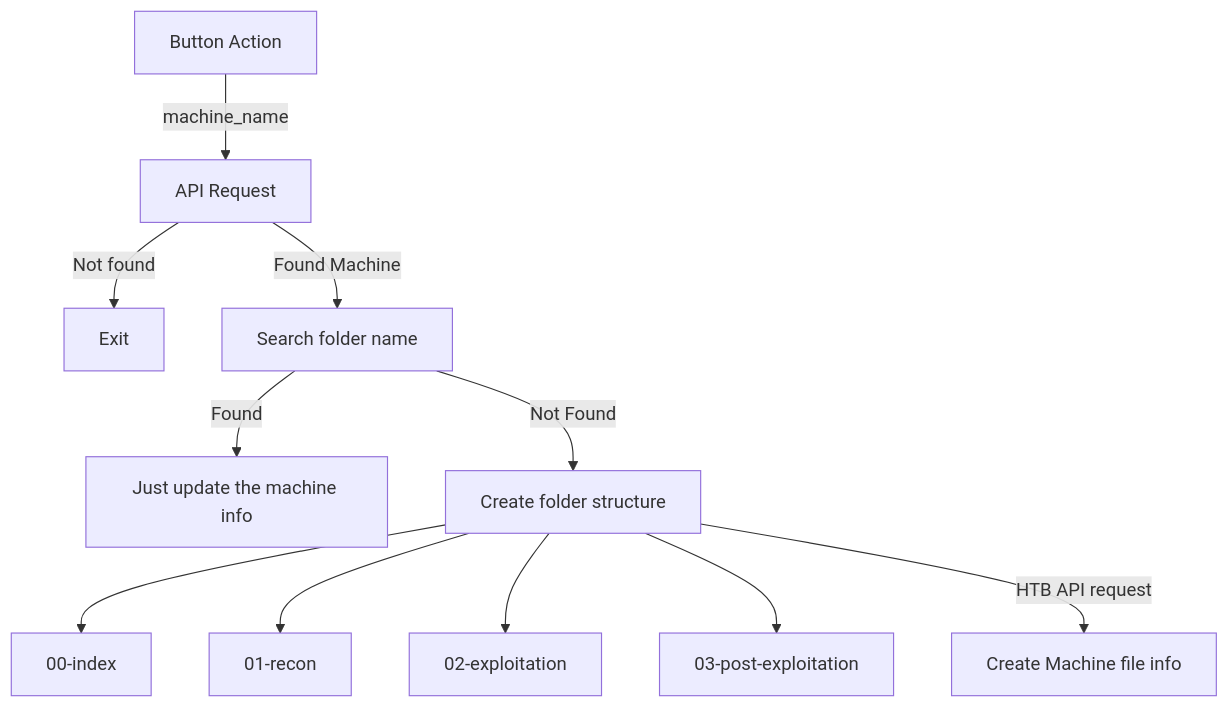
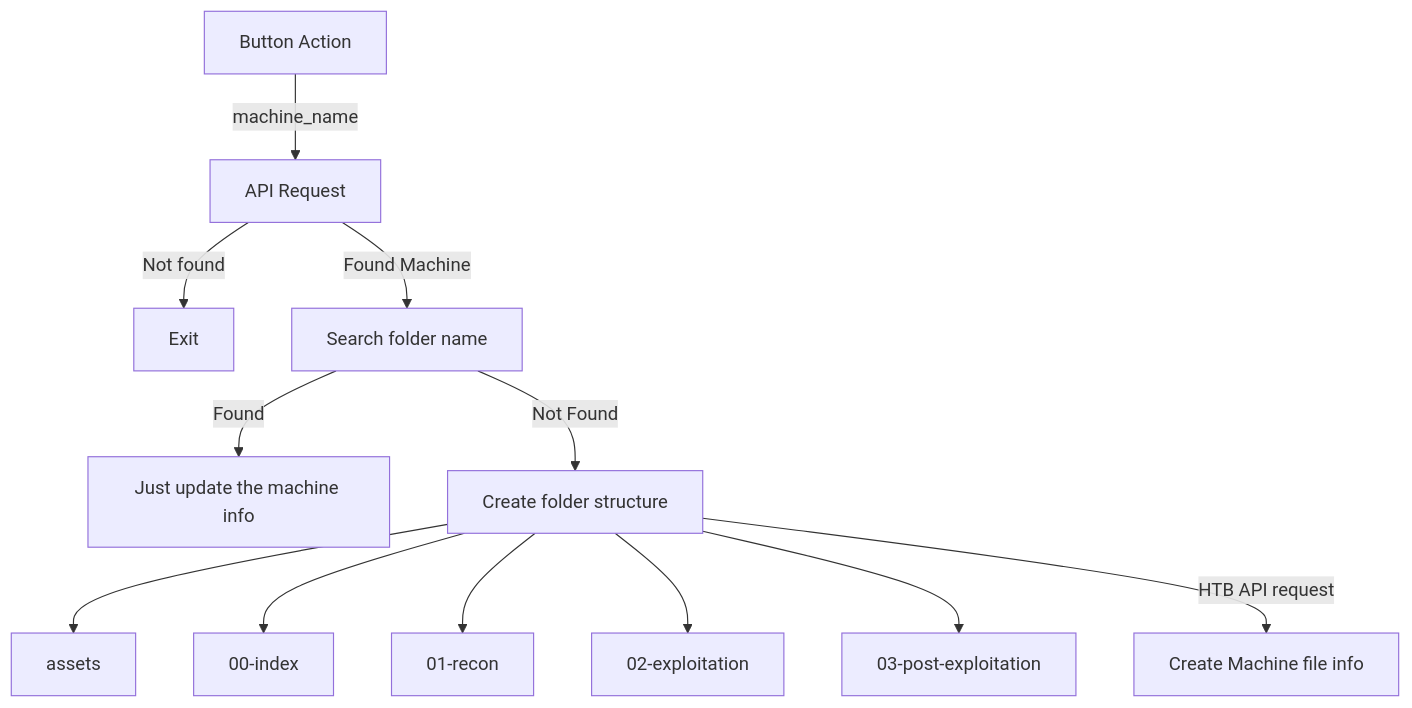
Before and after one commit to 0x4xel/HTNotes: the first of 2 diagrams in HTB/⚡ Start Machine ⚡.md, drawn with Mermaid. The commit also changed other lines of this file, not shown here.

Commit message:
fix flowchart

````diff
--- a/HTB/⚡ Start Machine ⚡.md
+++ b/HTB/⚡ Start Machine ⚡.md
@@ -6,14 +6,15 @@
 ```mermaid
 flowchart TB
         A["Button Action"] -- machine_name --> J["API Request"]
         J -- Not found --> N["Exit"]
 	    J -- Found Machine --> B["Search folder name"]
         B -- Found --> E["Just update the machine info"]
         B -- Not Found --> C["Create folder structure"]
+         C --> L["assets"]
         C --> F["00-index"]
         C --> G["01-recon"]
         C --> H["02-exploitation"]
         C --> I["03-post-exploitation"]
         C -- HTB API request --> K["Create Machine file info"]
   
 ```
````
